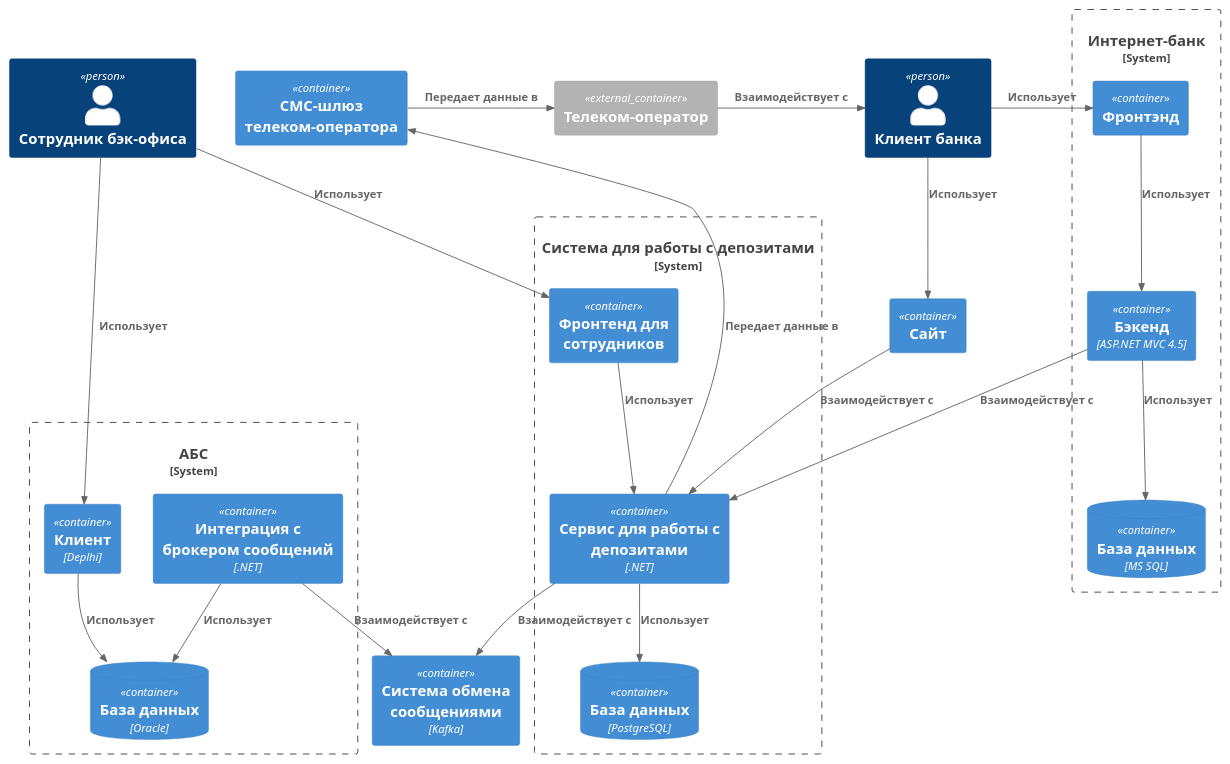
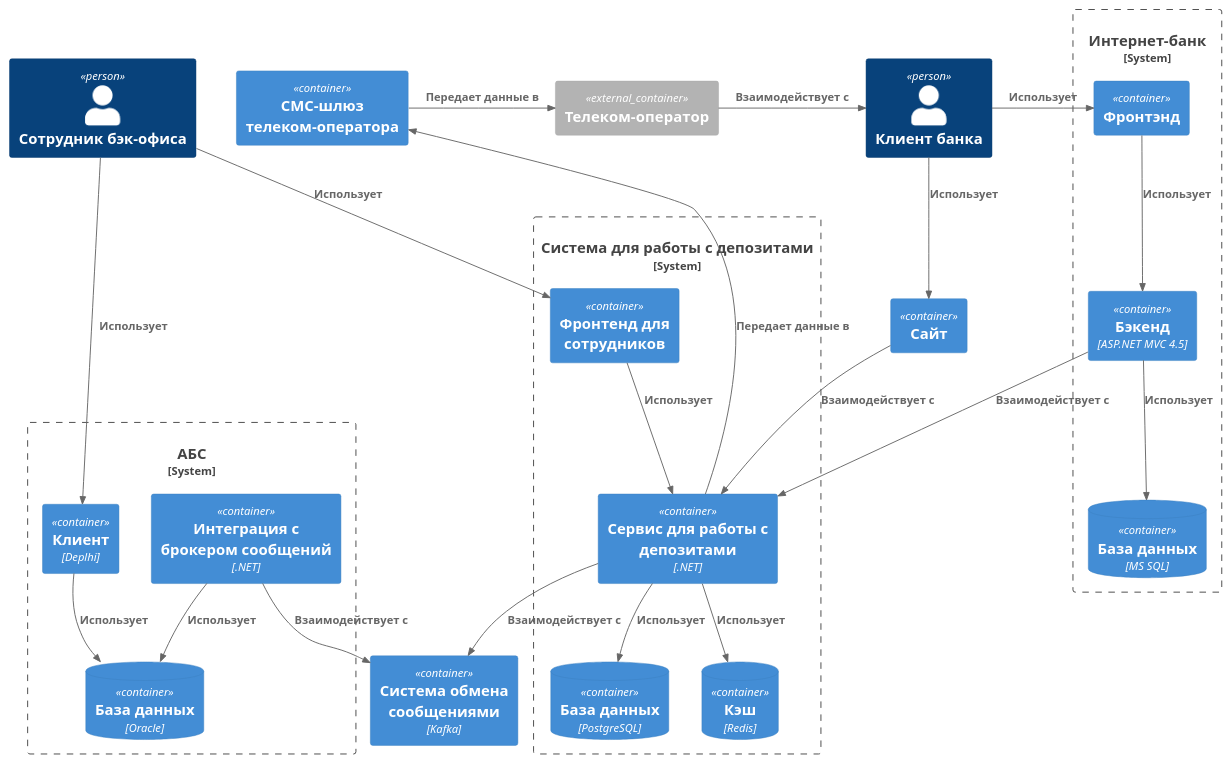
Before and after one commit to vsevolod-nikitin/yandex-practicum-architecture-pro-standart: the diagram in Task3/Containers.puml, drawn with PlantUML. The commit also changed 2 other files, not shown here.

```diff
--- a/Task3/Containers.puml
+++ b/Task3/Containers.puml
@@ -1,58 +1,60 @@
 @startuml Containers
 !include https://raw.githubusercontent.com/plantuml-stdlib/C4-PlantUML/master/C4_Container.puml
 
 Person(client, "Клиент банка")
 Person(backEmployee, "Сотрудник бэк-офиса")
 
 Container(website, "Сайт")
 
 System_Boundary(internetBankSystem, "Интернет-банк"){
     Container(internetBankFrontend, "Фронтэнд")
     Container(internetBank, "Бэкенд", "ASP.NET MVC 4.5")
     ContainerDb(internetBankDb, "База данных", "MS SQL")
 }
 
 System_Boundary(absSystem, "АБС"){
     Container(abs, "Клиент", "Deplhi")
     Container(absMQIntegration, "Интеграция с брокером сообщений", ".NET")
     ContainerDb(absDb, "База данных", "Oracle")
 }
 
 System_Boundary(depositSystem, "Система для работы с депозитами"){
     Container(depositServiceFrontend, "Фронтенд для сотрудников")
     Container(depositService, "Сервис для работы с депозитами", ".NET")
     ContainerDb(depositServiceDb, "База данных", "PostgreSQL")
+    ContainerDb(depositCache, "Кэш", "Redis")
 }
 
 Container(smsGateway, "СМС-шлюз телеком-оператора")
 Container(messageBroker, "Система обмена сообщениями", "Kafka")
 
 Container_Ext(telecomOperator, "Телеком-оператор")
 
 Rel(client, internetBankFrontend, "Использует")
 Rel(client, website, "Использует")
 
 Rel(backEmployee, depositServiceFrontend, "Использует")
 Rel(backEmployee, abs, "Использует")
 
 Rel(internetBank, depositService, "Взаимодействует с")
 Rel(website, depositService, "Взаимодействует с")
 
 Rel(depositService, smsGateway, "Передает данные в")
 Rel(depositService, messageBroker, "Взаимодействует с")
 Rel(depositService, depositServiceDb, "Использует")
+Rel(depositService, depositCache, "Использует")
 Rel(depositServiceFrontend, depositService, "Использует")
 
 Rel_R(smsGateway, telecomOperator, "Передает данные в")
 Rel_R(telecomOperator, client, "Взаимодействует с")
 
 Rel(internetBankFrontend, internetBank, "Использует")
 Rel(internetBank, internetBankDb, "Использует")
 
 Rel(abs, absDb, "Использует")
 Rel(absMQIntegration, messageBroker, "Взаимодействует с")
 Rel(absMQIntegration, absDb, "Использует")
 
 LAYOUT_TOP_DOWN()
 
 @enduml
```
